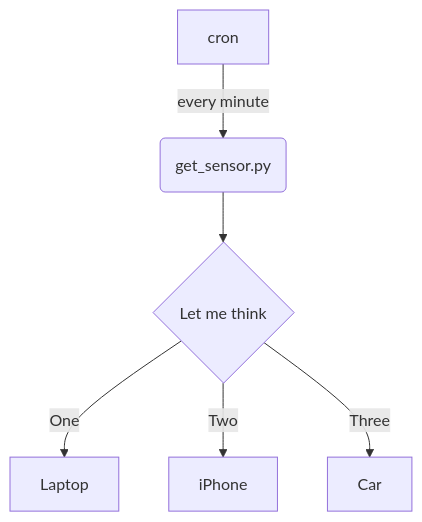
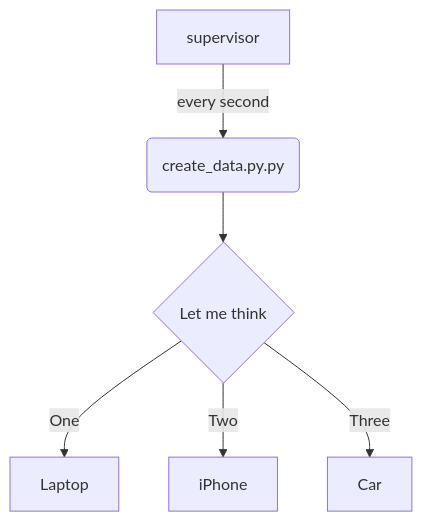
One commit to cheperboy/wiki changed the diagram in software.md. Above: the diagram before and after it, drawn with Mermaid. The commit also changed other lines of this file, not shown here.

````diff
--- a/software.md
+++ b/software.md
@@ -34,8 +34,8 @@
 ```mermaid
 graph TD
-A[cron] -->|every minute| B(get_sensor.py)
+A[supervisor] -->|every second| B(create_data.py.py)
 B --> C{Let me think}
 C -->|One| D[Laptop]
 C -->|Two| E[iPhone]
 C -->|Three| F[Car]
 ```
````
